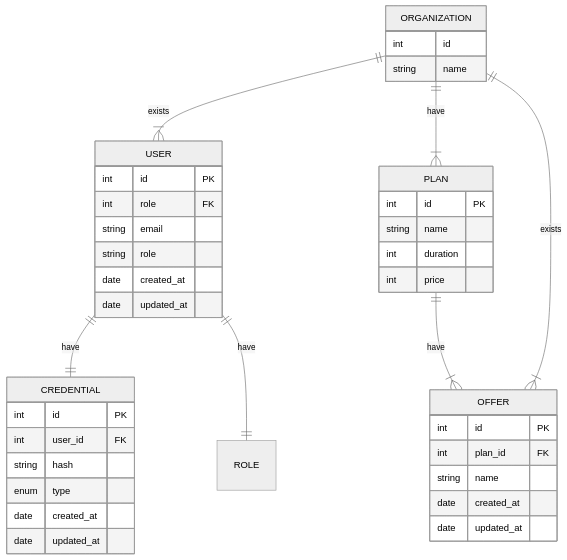
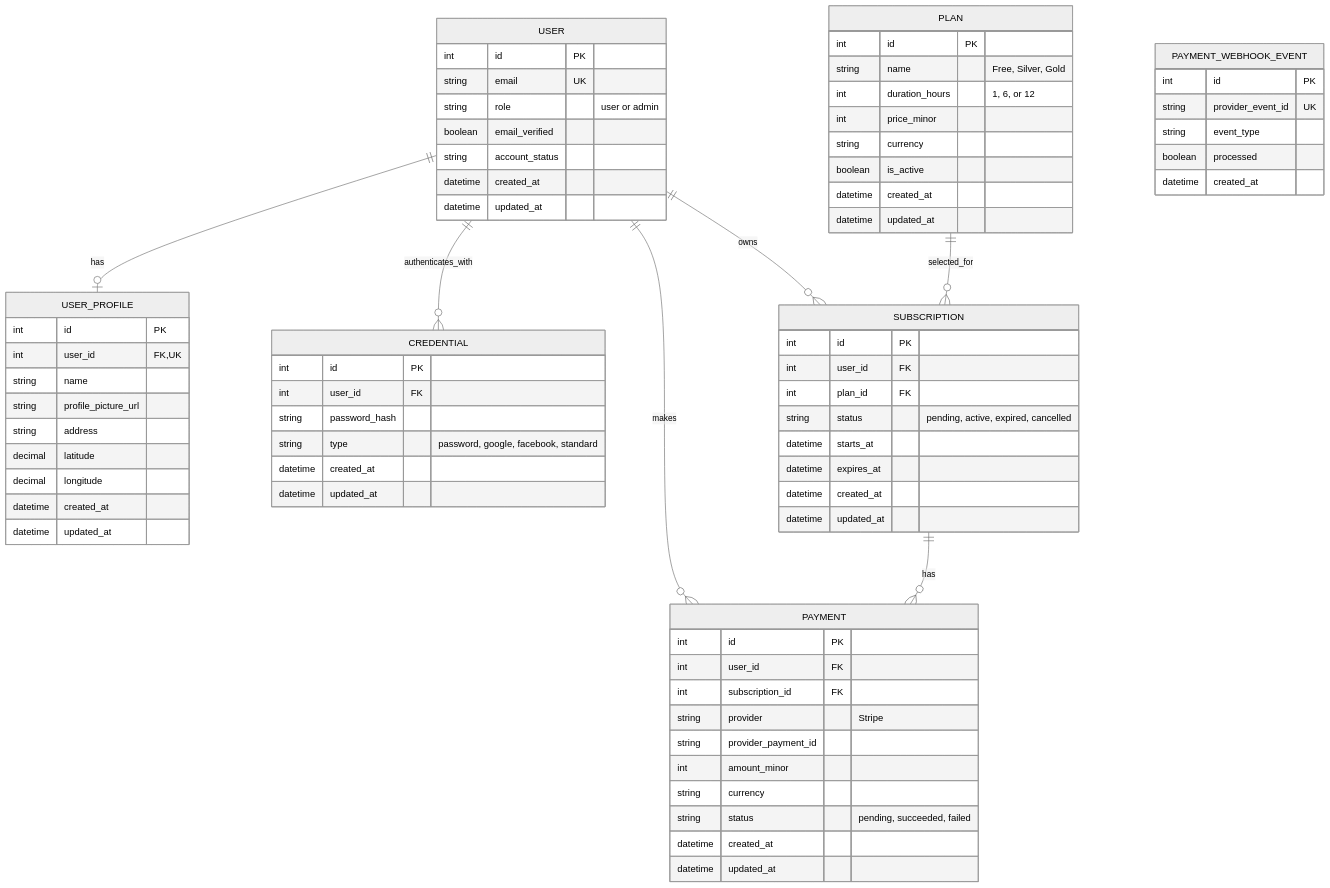
The diagram in docs/diagrams/ER.mmd (w3villa-sahil-verma/mini-project), drawn with Mermaid (neutral theme) before and after one commit. The commit also changed 19 other files, not shown here.

```diff
--- a/docs/diagrams/ER.mmd
+++ b/docs/diagrams/ER.mmd
@@ -1,85 +1,83 @@
+
 erDiagram
 
-%% Entities
+    USER {
+        int id PK
+        string email UK
+        string role "user or admin"
+        boolean email_verified
+        string account_status
+        datetime created_at
+        datetime updated_at
+    }
 
-USER{
-    int id PK
+    USER_PROFILE {
+        int id PK
+        int user_id FK, UK
+        string name
+        string profile_picture_url
+        string address
+        decimal latitude
+        decimal longitude
+        datetime created_at
+        datetime updated_at
+    }
 
-    int role FK
-    string email
-    string role
+    CREDENTIAL {
+        int id PK
+        int user_id FK
+        string password_hash
+        string type "password, google, facebook, standard"
+        datetime created_at
+        datetime updated_at
+    }
 
-    date created_at
-    date updated_at
-}
+    PLAN {
+        int id PK
+        string name "Free, Silver, Gold"
+        int duration_hours "1, 6, or 12"
+        int price_minor
+        string currency
+        boolean is_active
+        datetime created_at
+        datetime updated_at
+    }
 
-CREDENTIAL{
-    int id PK
+    SUBSCRIPTION {
+        int id PK
+        int user_id FK
+        int plan_id FK
+        string status "pending, active, expired, cancelled"
+        datetime starts_at
+        datetime expires_at
+        datetime created_at
+        datetime updated_at
+    }
 
-    int user_id FK
+    PAYMENT {
+        int id PK
+        int user_id FK
+        int subscription_id FK
+        string provider "Stripe"
+        string provider_payment_id
+        int amount_minor
+        string currency
+        string status "pending, succeeded, failed"
+        datetime created_at
+        datetime updated_at
+    }
 
-    string hash
-    enum type
+    PAYMENT_WEBHOOK_EVENT {
+        int id PK
+        string provider_event_id UK
+        string event_type
+        boolean processed
+        datetime created_at
+    }
 
-    date created_at
-    date updated_at
-}
-
-%% Example - Weight Room, Steam Bathroom, Basic Bathroom
-OFFER{
-    int id PK
-    int plan_id FK
-
-    string name
-
-    date created_at
-    date updated_at
-}
-
-%% Example : GOLD, SILVER, BASIC
-PLAN{
-    int id PK
-
-    string name
-    int duration
-    int price
-}
-
-%% This is a single entity for which Application create
-%% ORG + SUPER_ADMIN : create simultaniously
-%% SUPER_ADMIN + ADMIN : have power to send links to register MEMBERS + other ADMINS
-ORGANIZATION{
-    int id
-
-    string name
-
-}
-
-
-
-
-
-
-
-
-
-
-
-
-
-
-
-
-
-
-
-
-
-%% Relationship
-
-USER ||--|| CREDENTIAL : have
-USER ||--|| ROLE : have
-PLAN ||--|{ OFFER : have
-ORGANIZATION ||--|{ USER : exists
-ORGANIZATION ||--|{ PLAN : have
-ORGANIZATION ||--|{ OFFER : exists
+    USER ||--o| USER_PROFILE : has
+    USER ||--o{ CREDENTIAL : authenticates_with
+    USER ||--o{ SUBSCRIPTION : owns
+    PLAN ||--o{ SUBSCRIPTION : selected_for
+    USER ||--o{ PAYMENT : makes
+    SUBSCRIPTION ||--o{ PAYMENT : has
```
